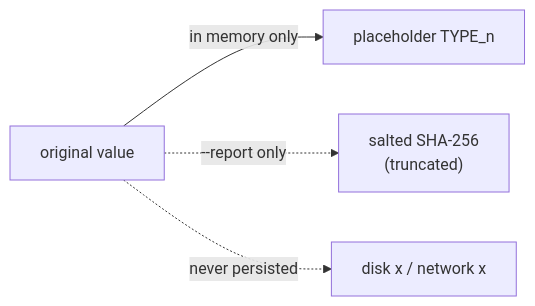
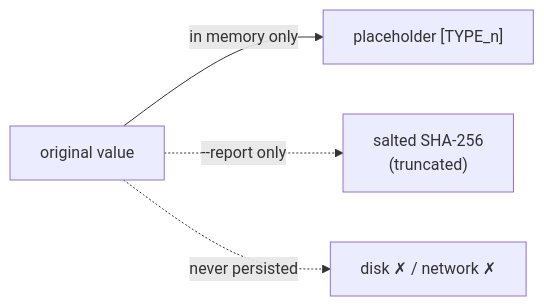
One commit to meloch287/data-shield-ai changed the seventh of 7 diagrams in README.ru.md. Above: the diagram before and after it, drawn with Mermaid. The commit also changed other lines of this file and 20 other files, not shown here.

````diff
--- a/README.ru.md
+++ b/README.ru.md
@@ -242,6 +304,6 @@
 ```mermaid
 flowchart LR
-  V["original value"] -->|in memory only| PH["placeholder TYPE_n"]
+  V["original value"] -->|in memory only| PH["placeholder [TYPE_n]"]
   V -. "--report only" .-> H["salted SHA-256<br/>(truncated)"]
-  V -.->|never persisted| X["disk x / network x"]
+  V -.->|never persisted| X["disk ✗ / network ✗"]
 ```
````
